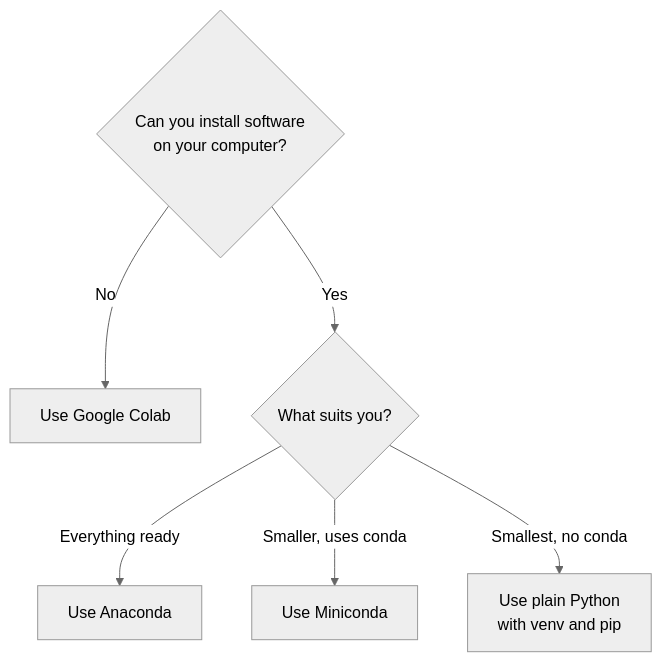
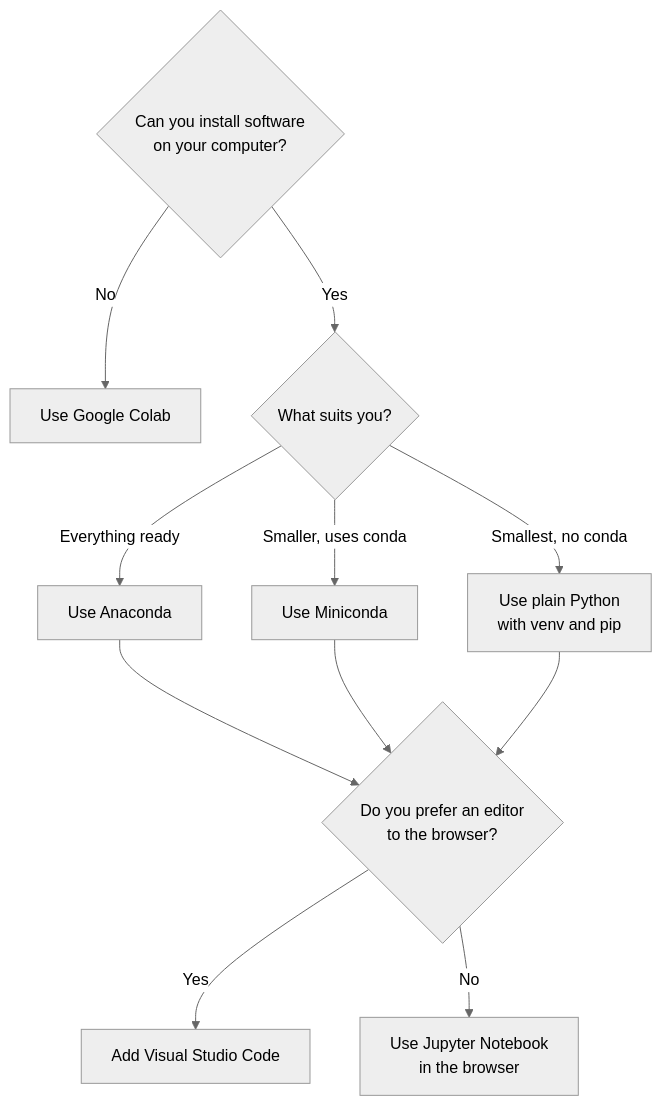
Before and after one commit to nirajan10/DS-note: the second of 2 diagrams in docs/unit-01-intro.md, drawn with Mermaid (neutral theme). The commit also changed other lines of this file and 3 other files, not shown here.

````diff
--- a/docs/unit-01-intro.md
+++ b/docs/unit-01-intro.md
@@ -189,8 +193,13 @@
 ```mermaid
 flowchart TD
     A{"Can you install software<br/>on your computer?"} -- No --> C["Use Google Colab"]
     A -- Yes --> B{"What suits you?"}
     B -- "Everything ready" --> E["Use Anaconda"]
     B -- "Smaller, uses conda" --> D["Use Miniconda"]
     B -- "Smallest, no conda" --> F["Use plain Python<br/>with venv and pip"]
+    E --> G{"Do you prefer an editor<br/>to the browser?"}
+    D --> G
+    F --> G
+    G -- Yes --> H["Add Visual Studio Code"]
+    G -- No --> I["Use Jupyter Notebook<br/>in the browser"]
 ```
````
